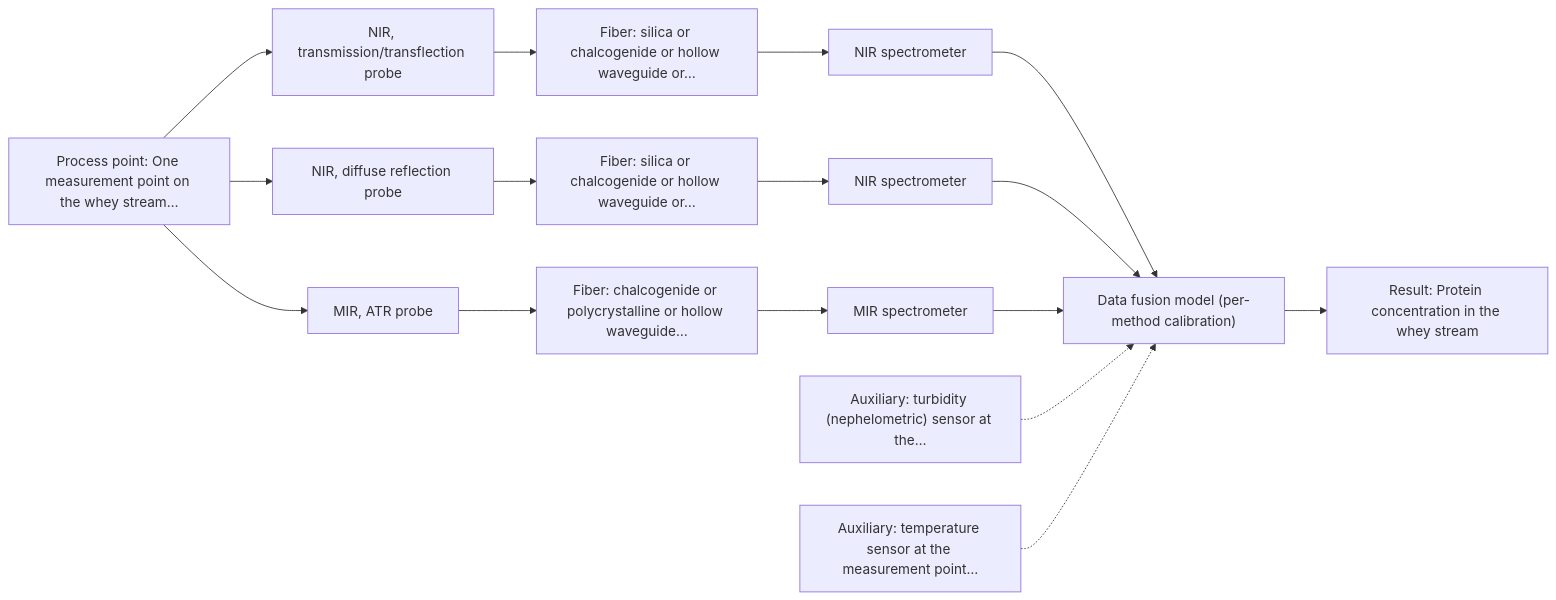
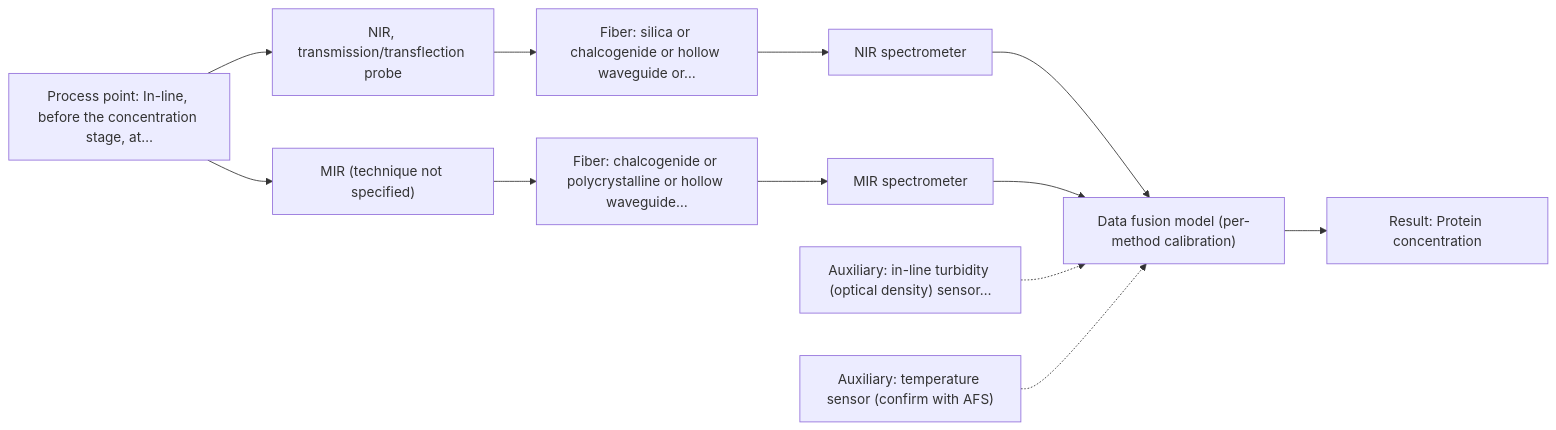
The second of 2 diagrams in outputs/dev/D03.md (sleipnir029/Afs-Spectroscopy-Assistant), drawn with Mermaid before and after one commit. The commit also changed other lines of this file and 15 other files, not shown here.

Commit message:
3.R4 dev outputs: 8/8 pass, 0 hard failures, 236/236 citations, 14/14 charts, 8/8 cost classes

````diff
--- a/outputs/dev/D03.md
+++ b/outputs/dev/D03.md
@@ -64,32 +86,25 @@
 ```mermaid
 flowchart LR
-    proc["Process point: One measurement point on the whey stream…"]
+    proc["Process point: In-line, before the concentration stage, at…"]
     probe1["NIR, transmission/transflection probe"]
     fiber1["Fiber: silica or chalcogenide or hollow waveguide or…"]
     spec1["NIR spectrometer"]
-    probe2["NIR, diffuse reflection probe"]
-    fiber2["Fiber: silica or chalcogenide or hollow waveguide or…"]
-    spec2["NIR spectrometer"]
-    probe3["MIR, ATR probe"]
-    fiber3["Fiber: chalcogenide or polycrystalline or hollow waveguide…"]
-    spec3["MIR spectrometer"]
+    probe2["MIR (technique not specified)"]
+    fiber2["Fiber: chalcogenide or polycrystalline or hollow waveguide…"]
+    spec2["MIR spectrometer"]
     model["Data fusion model (per-method calibration)"]
-    result["Result: Protein concentration in the whey stream"]
-    aux1["Auxiliary: turbidity (nephelometric) sensor at the…"]
-    aux2["Auxiliary: temperature sensor at the measurement point…"]
+    result["Result: Protein concentration"]
+    aux1["Auxiliary: in-line turbidity (optical density) sensor…"]
+    aux2["Auxiliary: temperature sensor (confirm with AFS)"]
     proc --> probe1
     probe1 --> fiber1
     fiber1 --> spec1
     spec1 --> model
     proc --> probe2
     probe2 --> fiber2
     fiber2 --> spec2
     spec2 --> model
-    proc --> probe3
-    probe3 --> fiber3
-    fiber3 --> spec3
-    spec3 --> model
     model --> result
     aux1 -.-> model
     aux2 -.-> model
 ```
````
